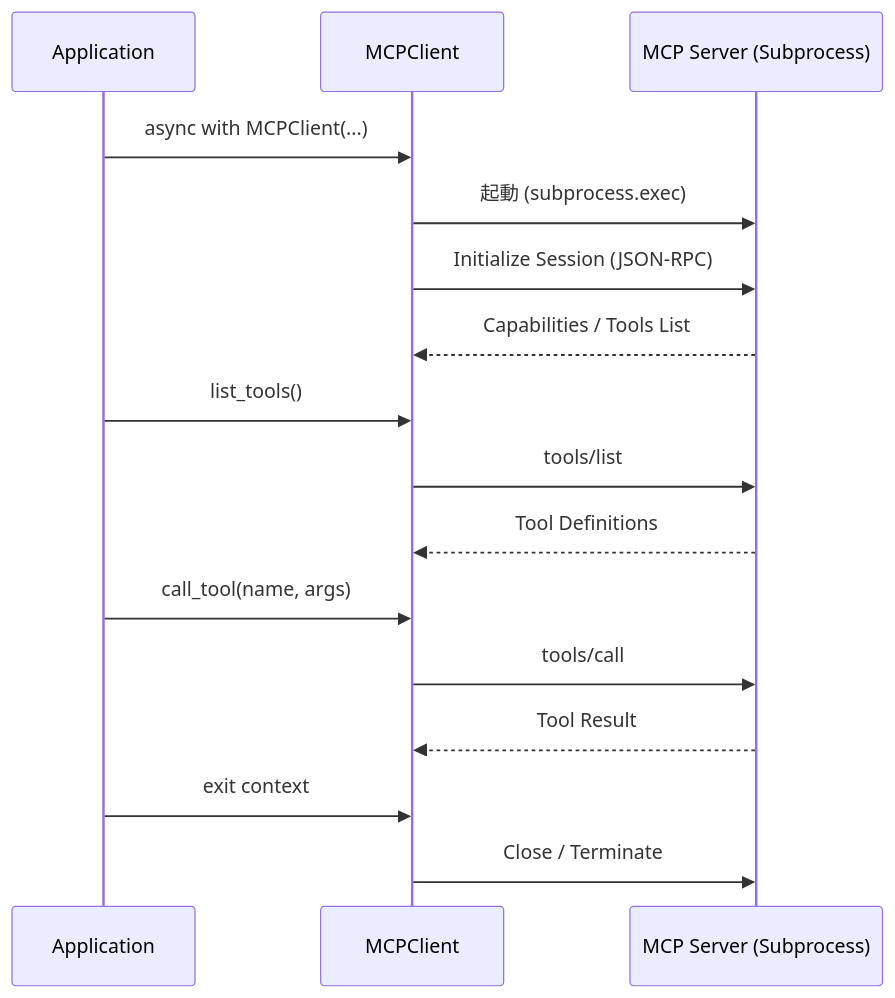
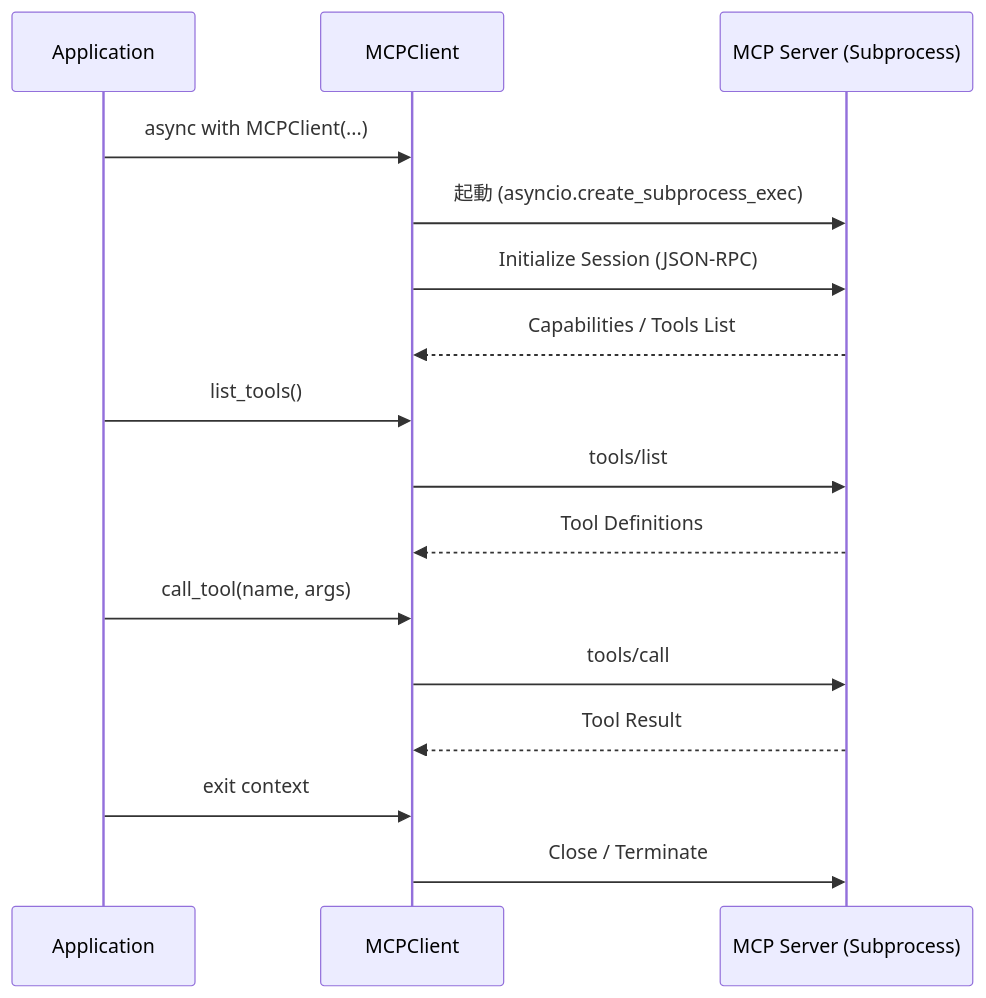
The diagram in doc/specs/mcp_client_spec.md (aoitan/multi-llm-chat), drawn with Mermaid before and after one commit. The commit also changed 3 other files, not shown here.

````diff
--- a/doc/specs/mcp_client_spec.md
+++ b/doc/specs/mcp_client_spec.md
@@ -18,22 +18,22 @@
 ```mermaid
 sequenceDiagram
     participant App as Application
     participant Client as MCPClient
     participant Server as MCP Server (Subprocess)
 
     App->>Client: async with MCPClient(...)
-    Client->>Server: 起動 (subprocess.exec)
+    Client->>Server: 起動 (asyncio.create_subprocess_exec)
     Client->>Server: Initialize Session (JSON-RPC)
     Server-->>Client: Capabilities / Tools List
     
     App->>Client: list_tools()
     Client->>Server: tools/list
     Server-->>Client: Tool Definitions
     
     App->>Client: call_tool(name, args)
     Client->>Server: tools/call
     Server-->>Client: Tool Result
     
     App->>Client: exit context
     Client->>Server: Close / Terminate
 ```
````
